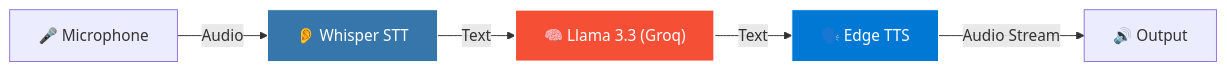
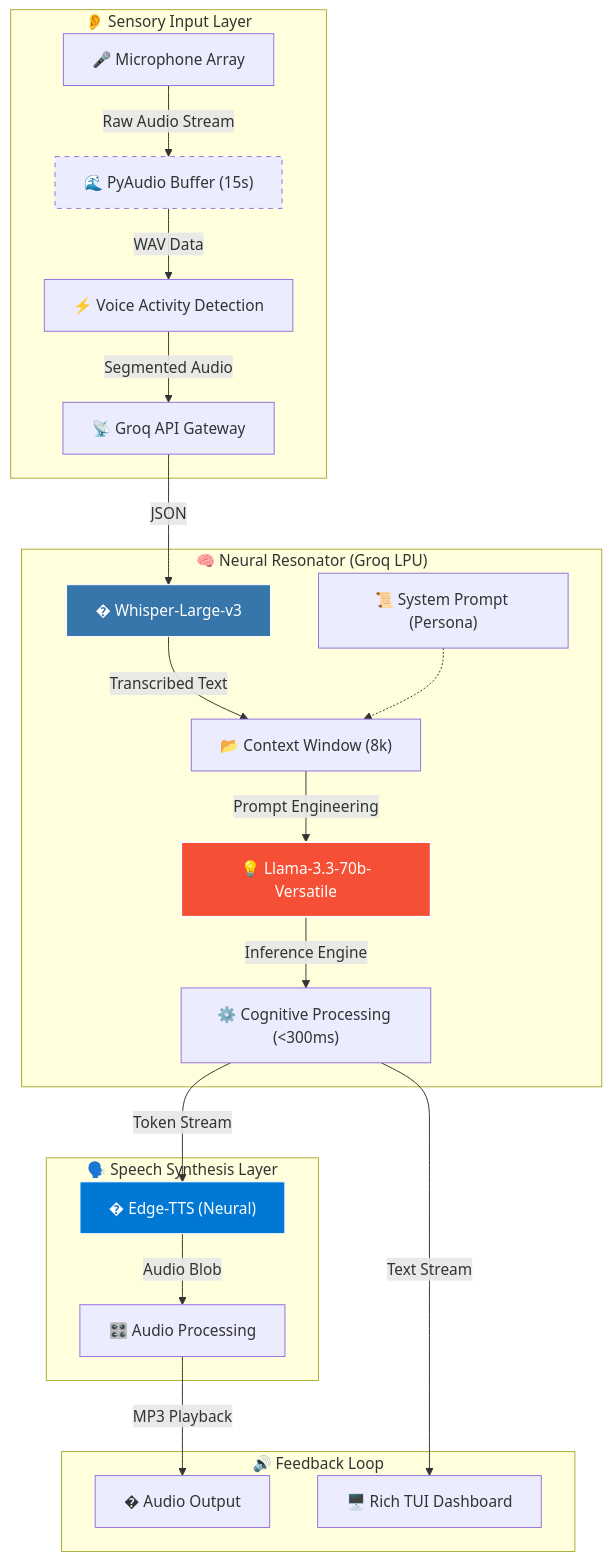
One commit to DaviBonetto/AETHER-L5-RealTime-Voice-Stream changed the diagram in README.md. Above: the diagram before and after it, drawn with Mermaid.

Commit message:
docs: upgrade to complex architecture diagram v2

````diff
--- a/README.md
+++ b/README.md
@@ -66,11 +66,33 @@
 ```mermaid
-graph LR
-    Mic["🎤 Microphone"] -->|Audio| Ears["👂 Whisper STT"]
-    Ears -->|Text| Brain["🧠 Llama 3.3 (Groq)"]
-    Brain -->|Text| Mouth["🗣️ Edge TTS"]
-    Mouth -->|Audio Stream| Speaker["🔊 Output"]
+graph TD
+    subgraph SENSORY_INPUT ["👂 Sensory Input Layer"]
+        Mic["🎤 Microphone Array"] -->|Raw Audio Stream| Buffer["🌊 PyAudio Buffer (15s)"]
+        Buffer -->|WAV Data| VAD["⚡ Voice Activity Detection"]
+        VAD -->|Segmented Audio| STT_API["📡 Groq API Gateway"]
+    end
 
-    style Brain fill:#f55036,stroke:#fff,stroke-width:2px,color:#fff
-    style Ears fill:#3776ab,stroke:#fff,stroke-width:1px,color:#fff
-    style Mouth fill:#0078d4,stroke:#fff,stroke-width:1px,color:#fff
+    subgraph COGNITIVE_CORE ["🧠 Neural Resonator (Groq LPU)"]
+        STT_API -->|JSON| Whisper["� Whisper-Large-v3"]
+        Whisper -->|Transcribed Text| Context["📂 Context Window (8k)"]
+
+        SystemPrompt["📜 System Prompt (Persona)"] .-> Context
+
+        Context -->|Prompt Engineering| Llama["💡 Llama-3.3-70b-Versatile"]
+        Llama -->|Inference Engine| Reasoning["⚙️ Cognitive Processing (<300ms)"]
+    end
+
+    subgraph SYNTHESIS_LAYER ["🗣️ Speech Synthesis Layer"]
+        Reasoning -->|Token Stream| TTS_Engine["� Edge-TTS (Neural)"]
+        TTS_Engine -->|Audio Blob| FX["🎛️ Audio Processing"]
+    end
+
+    subgraph OUTPUT_FEEDBACK ["🔊 Feedback Loop"]
+        FX -->|MP3 Playback| Speaker["� Audio Output"]
+        Reasoning -->|Text Stream| TUI["🖥️ Rich TUI Dashboard"]
+    end
+
+    style Llama fill:#f55036,stroke:#fff,stroke-width:2px,color:#fff
+    style Whisper fill:#3776ab,stroke:#fff,stroke-width:1px,color:#fff
+    style TTS_Engine fill:#0078d4,stroke:#fff,stroke-width:1px,color:#fff
+    style Buffer stroke-dasharray: 5 5
 ```
````
